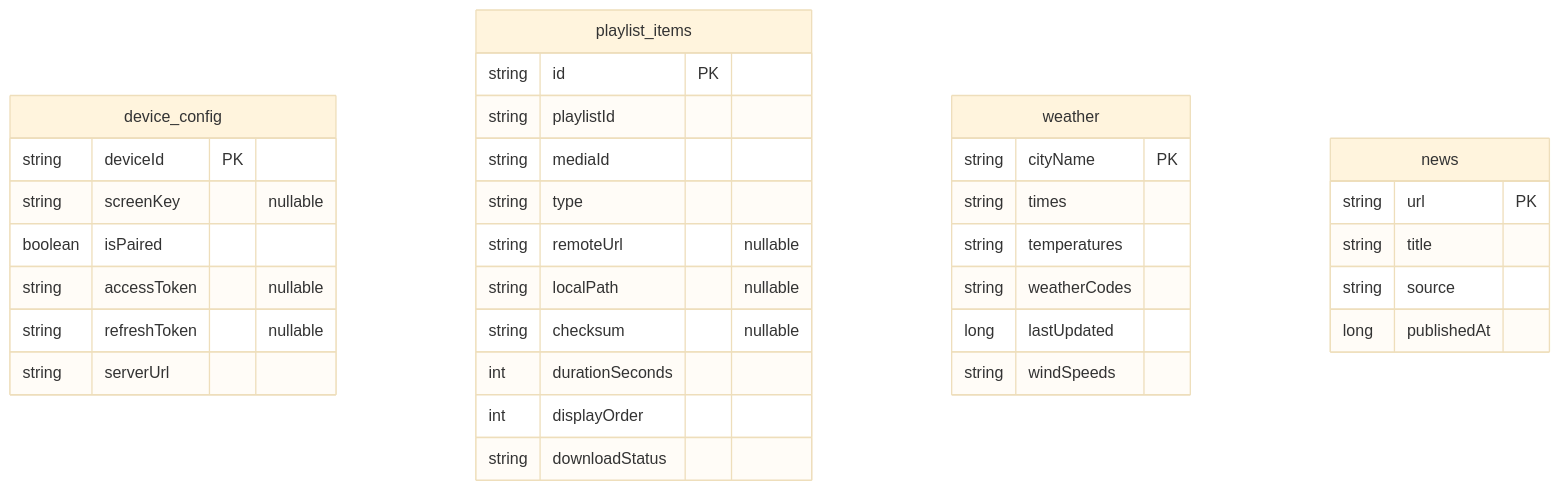
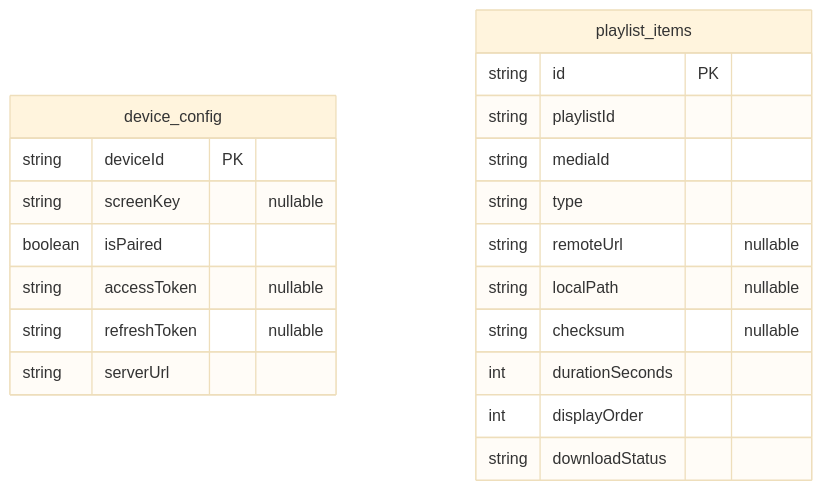
The second of 2 diagrams in Plaisoram_Schema.md (Mohammed-Zrirake/Plaisoram), drawn with Mermaid (base theme) before and after one commit. The commit also changed other lines of this file and 1 other file, not shown here.

Commit message:
docs: update Plaisoram_Schema db schema documentation and .gitignore

````diff
--- a/Plaisoram_Schema.md
+++ b/Plaisoram_Schema.md
@@ -233,40 +287,24 @@
 ```mermaid
 erDiagram
     device_config {
         string deviceId PK
         string screenKey "nullable"
         boolean isPaired
         string accessToken "nullable"
         string refreshToken "nullable"
         string serverUrl
     }
     
     playlist_items {
         string id PK
         string playlistId
         string mediaId
         string type
         string remoteUrl "nullable"
         string localPath "nullable"
         string checksum "nullable"
         int durationSeconds
         int displayOrder
         string downloadStatus
     }
-
-    weather {
-        string cityName PK
-        string times
-        string temperatures
-        string weatherCodes
-        long lastUpdated
-        string windSpeeds
-    }
-
-    news {
-        string url PK
-        string title
-        string source
-        long publishedAt
-    }
 ```
````
